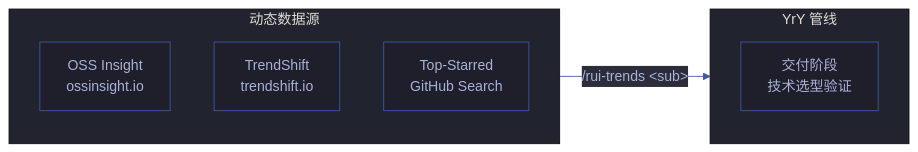
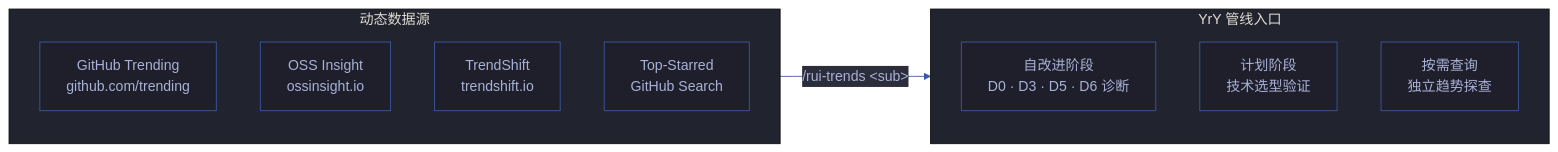
The first of 5 diagrams in skills/rui-trends/SKILL.md (effiy/YrY), drawn with Mermaid before and after one commit. The commit also changed other lines of this file and 341 other files, not shown here.

````diff
--- a/skills/rui-trends/SKILL.md
+++ b/skills/rui-trends/SKILL.md
@@ -21,26 +22,27 @@
 ```mermaid
 %%{init: {'theme': 'base', 'themeVariables': {
   'primaryColor': '#1e1f2b',
   'primaryTextColor': '#a9b1d6',
   'primaryBorderColor': '#3d59a1',
   'lineColor': '#3d59a1',
   'secondaryColor': '#2b2d3b',
   'tertiaryColor': '#21232f'
 }}}%%
 flowchart LR
     subgraph 数据源["动态数据源"]
         direction TB
-        OI["OSS Insight<br/>ossinsight.io"]:::src
-        TS["TrendShift<br/>trendshift.io"]:::src
-        TSR["Top-Starred<br/>GitHub Search"]:::src
+        GT["GitHub Trending<br/>github.com/trending"]
+        OI["OSS Insight<br/>ossinsight.io"]
+        TS["TrendShift<br/>trendshift.io"]
+        TSR["Top-Starred<br/>GitHub Search"]
     end
 
-    subgraph 管线["YrY 管线"]
+    subgraph 管线["YrY 管线入口"]
         direction TB
-        DELIVERY["交付阶段<br/>技术选型验证"]:::phase
+        SELF["自改进阶段<br/>D0 · D3 · D5 · D6 诊断"]
+        PLAN["计划阶段<br/>技术选型验证"]
+        ADHOC["按需查询<br/>独立趋势探查"]
     end
 
     数据源 -->|"/rui-trends &lt;sub&gt;"| 管线
-
-
 ```
````
